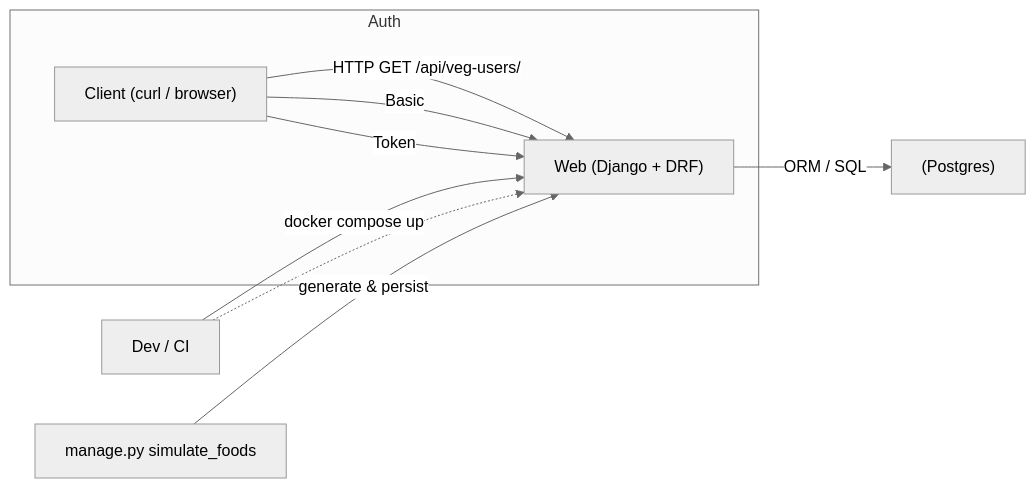
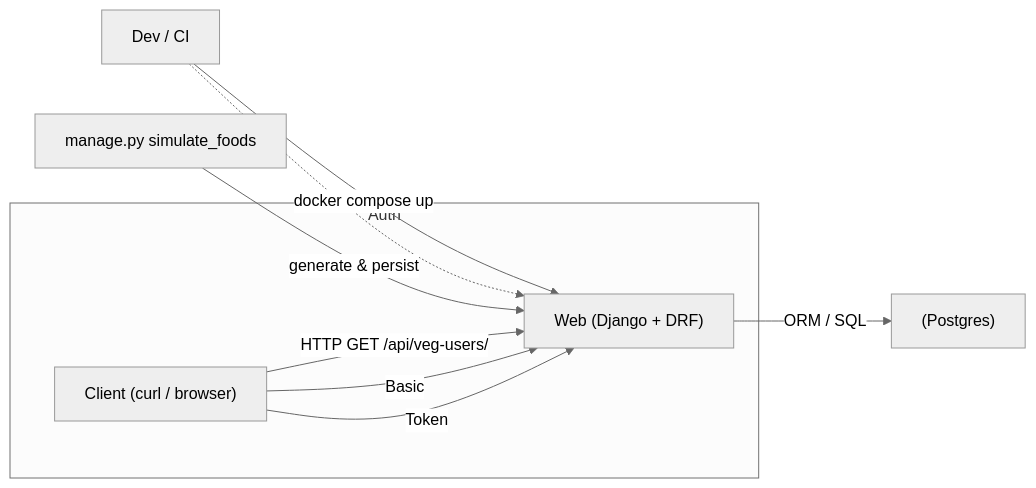
One commit to caiobassetti/elephant-food-bot changed the diagram in README.md. Above: the diagram before and after it, drawn with Mermaid (neutral theme).

Commit message:
Fix README mermaid diagram

````diff
--- a/README.md
+++ b/README.md
@@ -15,21 +15,20 @@
 ```mermaid
 flowchart LR
   Dev["Dev / CI"]
   Web["Web (Django + DRF)"]
   DB["(Postgres)"]
   Cmd["manage.py simulate_foods"]
   Client["Client (curl / browser)"]
 
   Dev -->|docker compose up| Web
+  %% invisible alignment edge
+  Dev -.-> Web
   Cmd -->|generate & persist| Web
   Client -->|HTTP GET /api/veg-users/| Web
   Web -->|ORM / SQL| DB
 
   subgraph Auth
     Client -->|Basic| Web
     Client -->|Token| Web
   end
-
-  %% invisible alignment edge
-  Dev -.-> Web
 ```
````
